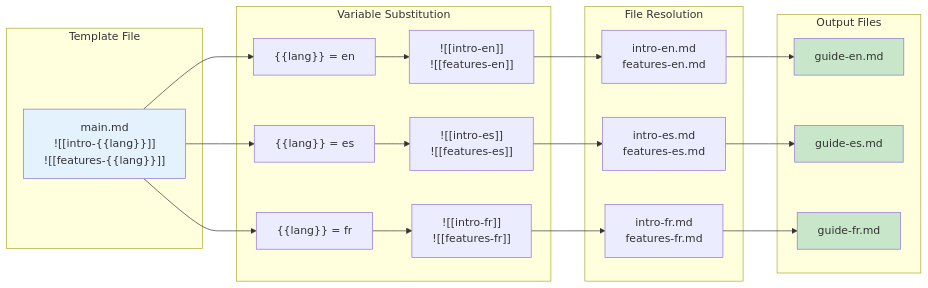
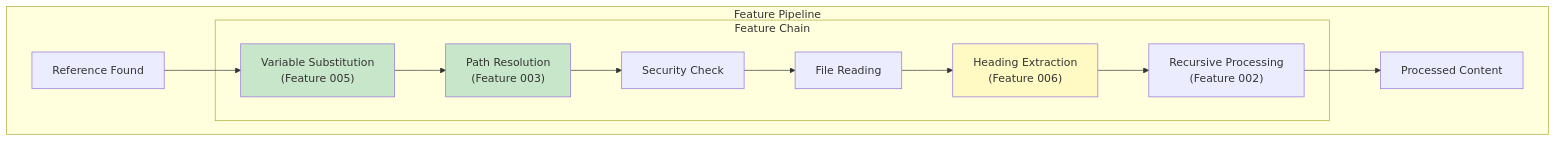
The ninth of 16 diagrams in docs/tech-plan.md (flyingrobots/markdown-transclusion), drawn with Mermaid before and after one commit. The commit also changed other lines of this file, not shown here.

First line of the commit message:
docs(tech): rewrite tech plan with full architectural overview

````diff
--- a/docs/tech-plan.md
+++ b/docs/tech-plan.md
@@ -88,33 +463,29 @@
 ```mermaid
-flowchart LR
-    subgraph "Template File"
-        T["main.md<br/>![[intro-{{lang}}]]<br/>![[features-{{lang}}]]"]
+flowchart TB
+    subgraph "Feature Pipeline"
+        REF["Reference Found"]
+        
+        subgraph "Feature Chain"
+            F1["Variable Substitution<br/>(Feature 005)"]
+            F2["Path Resolution<br/>(Feature 003)"]
+            F3["Security Check"]
+            F4["File Reading"]
+            F5["Heading Extraction<br/>(Feature 006)"]
+            F6["Recursive Processing<br/>(Feature 002)"]
+        end
+        
+        OUT["Processed Content"]
     end
     
-    subgraph "Variable Substitution"
-        V1["{{lang}} = en"] --> F1["![[intro-en]]<br/>![[features-en]]"]
-        V2["{{lang}} = es"] --> F2["![[intro-es]]<br/>![[features-es]]"]
-        V3["{{lang}} = fr"] --> F3["![[intro-fr]]<br/>![[features-fr]]"]
-    end
+    REF --> F1
+    F1 --> F2
+    F2 --> F3
+    F3 --> F4
+    F4 --> F5
+    F5 --> F6
+    F6 --> OUT
     
-    T --> V1
-    T --> V2
-    T --> V3
-    
-    subgraph "File Resolution"
-        F1 --> R1["intro-en.md<br/>features-en.md"]
-        F2 --> R2["intro-es.md<br/>features-es.md"]
-        F3 --> R3["intro-fr.md<br/>features-fr.md"]
-    end
-    
-    subgraph "Output Files"
-        R1 --> O1["guide-en.md"]
-        R2 --> O2["guide-es.md"]
-        R3 --> O3["guide-fr.md"]
-    end
-    
-    style T fill:#e3f2fd
-    style O1 fill:#c8e6c9
-    style O2 fill:#c8e6c9
-    style O3 fill:#c8e6c9
+    style F1 fill:#c8e6c9
+    style F2 fill:#c8e6c9
+    style F5 fill:#fff9c4
 ```
````
